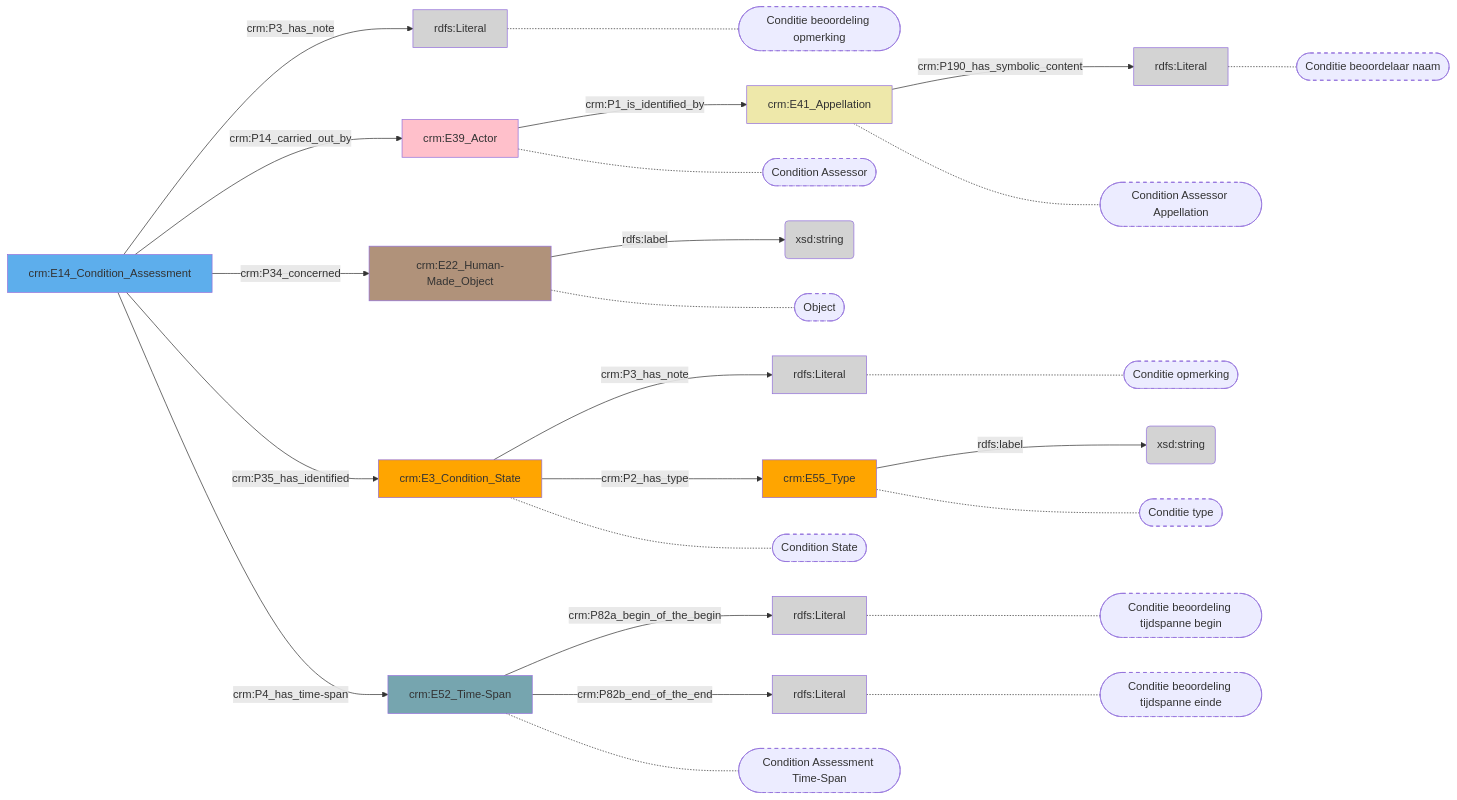
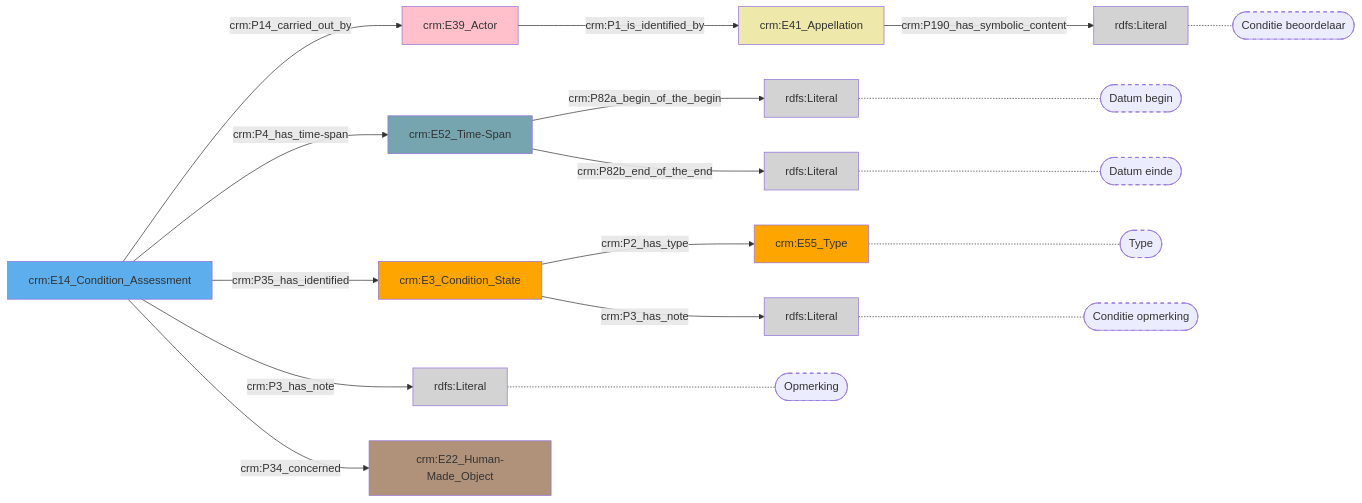
One commit to digipolisantwerpdocumentation/antwerp-cultureel-erfgoed changed the diagram in docs/content/modellen/ConditionAssessment.md. Above: the diagram before and after it, drawn with Mermaid. The commit also changed 170 other files, not shown here.

````diff
--- a/docs/content/modellen/ConditionAssessment.md
+++ b/docs/content/modellen/ConditionAssessment.md
@@ -1,52 +1,38 @@
 ```mermaid
 graph LR
 42069382-efef-11ed-9232-00163e71351b["crm:E14_Condition_Assessment"]-->|"crm:P3_has_note"|54d1777a-efef-11ed-9064-00163e71351b(rdfs:Literal)
 5b73562a-efef-11ed-9655-00163e71351b["crm:E52_Time-Span"]-->|"crm:P82a_begin_of_the_begin"|5b735a9e-efef-11ed-9655-00163e71351b(rdfs:Literal)
 5b73562a-efef-11ed-9655-00163e71351b["crm:E52_Time-Span"]-->|"crm:P82b_end_of_the_end"|5b735bd4-efef-11ed-9655-00163e71351b(rdfs:Literal)
 64ad1118-efef-11ed-9064-00163e71351b["crm:E41_Appellation"]-->|"crm:P190_has_symbolic_content"|64ad0f6a-efef-11ed-9064-00163e71351b(rdfs:Literal)
 6ba16686-efef-11ed-9655-00163e71351b["crm:E3_Condition_State"]-->|"crm:P3_has_note"|6ba16cf8-efef-11ed-9655-00163e71351b(rdfs:Literal)
-6ba16e6a-efef-11ed-9655-00163e71351b["crm:E55_Type"]-->|"rdfs:label"|6ba16b40-efef-11ed-9655-00163e71351b(xsd:string)
-71c80a42-efef-11ed-9232-00163e71351b["crm:E22_Human-Made_Object"]-->|"rdfs:label"|95efc11c-efef-11ed-a1e6-00163e71351b(xsd:string)
 42069382-efef-11ed-9232-00163e71351b["crm:E14_Condition_Assessment"]-->|"crm:P14_carried_out_by"|64ad0aba-efef-11ed-9064-00163e71351b["crm:E39_Actor"]
 42069382-efef-11ed-9232-00163e71351b["crm:E14_Condition_Assessment"]-->|"crm:P34_concerned"|71c80a42-efef-11ed-9232-00163e71351b["crm:E22_Human-Made_Object"]
 42069382-efef-11ed-9232-00163e71351b["crm:E14_Condition_Assessment"]-->|"crm:P35_has_identified"|6ba16686-efef-11ed-9655-00163e71351b["crm:E3_Condition_State"]
 42069382-efef-11ed-9232-00163e71351b["crm:E14_Condition_Assessment"]-->|"crm:P4_has_time-span"|5b73562a-efef-11ed-9655-00163e71351b["crm:E52_Time-Span"]
 64ad0aba-efef-11ed-9064-00163e71351b["crm:E39_Actor"]-->|"crm:P1_is_identified_by"|64ad1118-efef-11ed-9064-00163e71351b["crm:E41_Appellation"]
 6ba16686-efef-11ed-9655-00163e71351b["crm:E3_Condition_State"]-->|"crm:P2_has_type"|6ba16e6a-efef-11ed-9655-00163e71351b["crm:E55_Type"]
-style 64ad0aba-efef-11ed-9064-00163e71351b_s stroke-dasharray: 5
+54d1777a-efef-11ed-9064-00163e71351b["rdfs:Literal"]-.-54d1777a-efef-11ed-9064-00163e71351b_s(["Opmerking"])
+5b735a9e-efef-11ed-9655-00163e71351b["rdfs:Literal"]-.-5b735a9e-efef-11ed-9655-00163e71351b_s(["Datum begin"])
+5b735bd4-efef-11ed-9655-00163e71351b["rdfs:Literal"]-.-5b735bd4-efef-11ed-9655-00163e71351b_s(["Datum einde"])
+64ad0f6a-efef-11ed-9064-00163e71351b["rdfs:Literal"]-.-64ad0f6a-efef-11ed-9064-00163e71351b_s(["Conditie beoordelaar"])
+6ba16e6a-efef-11ed-9655-00163e71351b["crm:E55_Type"]-.-6ba16e6a-efef-11ed-9655-00163e71351b_s(["Type"])
+6ba16cf8-efef-11ed-9655-00163e71351b["rdfs:Literal"]-.-6ba16cf8-efef-11ed-9655-00163e71351b_s(["Conditie opmerking"])
 style 54d1777a-efef-11ed-9064-00163e71351b_s stroke-dasharray: 5
-style 71c80a42-efef-11ed-9232-00163e71351b_s stroke-dasharray: 5
-style 6ba16686-efef-11ed-9655-00163e71351b_s stroke-dasharray: 5
-style 5b73562a-efef-11ed-9655-00163e71351b_s stroke-dasharray: 5
 style 5b735a9e-efef-11ed-9655-00163e71351b_s stroke-dasharray: 5
 style 5b735bd4-efef-11ed-9655-00163e71351b_s stroke-dasharray: 5
-style 64ad1118-efef-11ed-9064-00163e71351b_s stroke-dasharray: 5
 style 64ad0f6a-efef-11ed-9064-00163e71351b_s stroke-dasharray: 5
 style 6ba16e6a-efef-11ed-9655-00163e71351b_s stroke-dasharray: 5
 style 6ba16cf8-efef-11ed-9655-00163e71351b_s stroke-dasharray: 5
-64ad0aba-efef-11ed-9064-00163e71351b["crm:E39_Actor"]-.-64ad0aba-efef-11ed-9064-00163e71351b_s(["Condition Assessor"])
-54d1777a-efef-11ed-9064-00163e71351b["rdfs:Literal"]-.-54d1777a-efef-11ed-9064-00163e71351b_s(["Conditie beoordeling opmerking"])
-71c80a42-efef-11ed-9232-00163e71351b["crm:E22_Human-Made_Object"]-.-71c80a42-efef-11ed-9232-00163e71351b_s(["Object"])
-6ba16686-efef-11ed-9655-00163e71351b["crm:E3_Condition_State"]-.-6ba16686-efef-11ed-9655-00163e71351b_s(["Condition State"])
-5b73562a-efef-11ed-9655-00163e71351b["crm:E52_Time-Span"]-.-5b73562a-efef-11ed-9655-00163e71351b_s(["Condition Assessment Time-Span"])
-5b735a9e-efef-11ed-9655-00163e71351b["rdfs:Literal"]-.-5b735a9e-efef-11ed-9655-00163e71351b_s(["Conditie beoordeling tijdspanne begin"])
-5b735bd4-efef-11ed-9655-00163e71351b["rdfs:Literal"]-.-5b735bd4-efef-11ed-9655-00163e71351b_s(["Conditie beoordeling tijdspanne einde"])
-64ad1118-efef-11ed-9064-00163e71351b["crm:E41_Appellation"]-.-64ad1118-efef-11ed-9064-00163e71351b_s(["Condition Assessor Appellation"])
-64ad0f6a-efef-11ed-9064-00163e71351b["rdfs:Literal"]-.-64ad0f6a-efef-11ed-9064-00163e71351b_s(["Conditie beoordelaar naam"])
-6ba16e6a-efef-11ed-9655-00163e71351b["crm:E55_Type"]-.-6ba16e6a-efef-11ed-9655-00163e71351b_s(["Conditie type"])
-6ba16cf8-efef-11ed-9655-00163e71351b["rdfs:Literal"]-.-6ba16cf8-efef-11ed-9655-00163e71351b_s(["Conditie opmerking"])
 style 42069382-efef-11ed-9232-00163e71351b fill:#5DAEEC
 style 54d1777a-efef-11ed-9064-00163e71351b fill:#D3D3D3
 style 5b73562a-efef-11ed-9655-00163e71351b fill:#76A5AF
 style 5b735a9e-efef-11ed-9655-00163e71351b fill:#D3D3D3
 style 5b735bd4-efef-11ed-9655-00163e71351b fill:#D3D3D3
 style 64ad0aba-efef-11ed-9064-00163e71351b fill:#ffc0cb
 style 64ad0f6a-efef-11ed-9064-00163e71351b fill:#D3D3D3
 style 64ad1118-efef-11ed-9064-00163e71351b fill:#EEE8AA
 style 6ba16686-efef-11ed-9655-00163e71351b fill:#ffa500
-style 6ba16b40-efef-11ed-9655-00163e71351b fill:#D3D3D3
 style 6ba16cf8-efef-11ed-9655-00163e71351b fill:#D3D3D3
 style 6ba16e6a-efef-11ed-9655-00163e71351b fill:#ffa500
 style 71c80a42-efef-11ed-9232-00163e71351b fill:#B0927A
-style 95efc11c-efef-11ed-a1e6-00163e71351b fill:#D3D3D3
 ```
````
